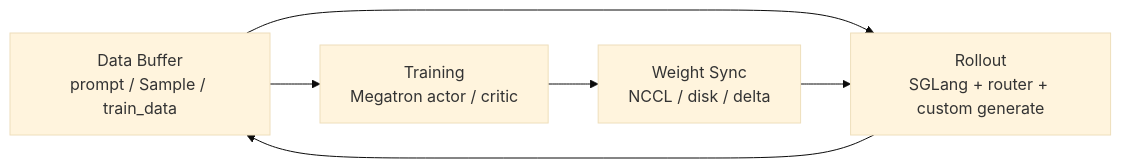
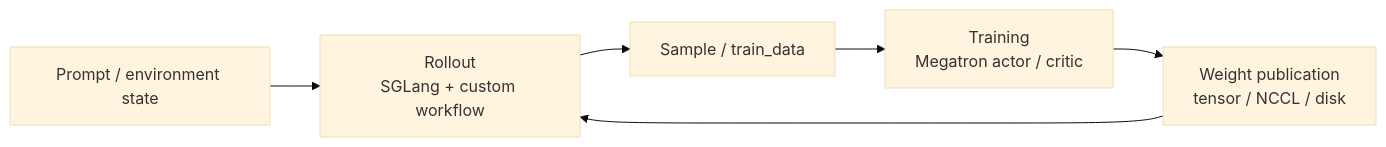
One commit to OnlyHero5/sglang-reading-vault changed the first of 2 diagrams in slime_reading/阅读方法/Slime-阅读方法.md. Above: the diagram before and after it, drawn with Mermaid (base theme). The commit also changed other lines of this file and 512 other files, not shown here.

````diff
--- a/slime_reading/阅读方法/Slime-阅读方法.md
+++ b/slime_reading/阅读方法/Slime-阅读方法.md
@@ -32,13 +32,10 @@
 ```mermaid
 flowchart LR
-    DB["Data Buffer<br/>prompt / Sample / train_data"]
-    RO["Rollout<br/>SGLang + router + custom generate"]
-    TR["Training<br/>Megatron actor / critic"]
-    WS["Weight Sync<br/>NCCL / disk / delta"]
+    P["Prompt / environment state"]
+    R["Rollout<br/>SGLang + custom workflow"]
+    S["Sample / train_data"]
+    T["Training<br/>Megatron actor / critic"]
+    W["Weight publication<br/>tensor / NCCL / disk"]
 
-    DB --> RO
-    RO --> DB
-    DB --> TR
-    TR --> WS
-    WS --> RO
+    P --> R --> S --> T --> W --> R
 ```
````
